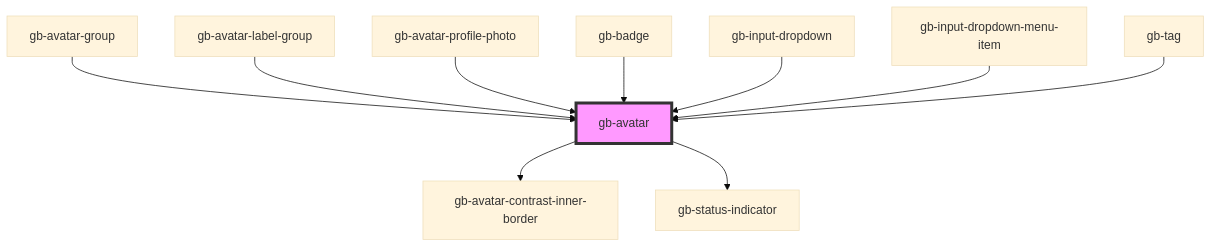
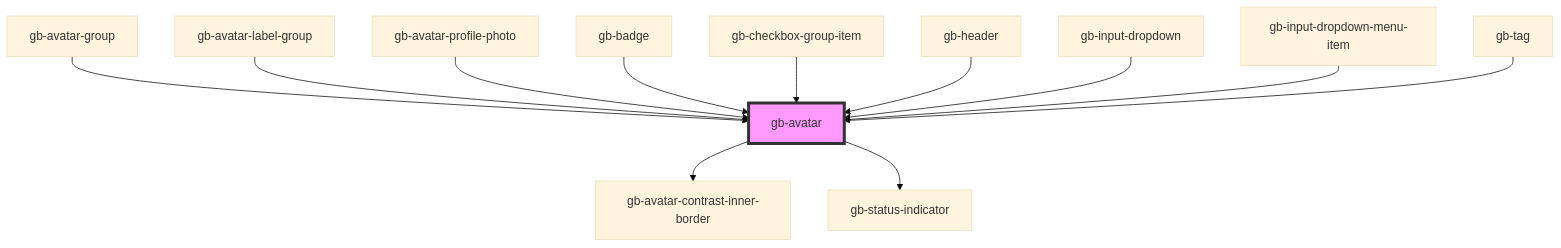
The diagram in src/components/gb-avatar/readme.md (Emmanuel1858/globusComponent), drawn with Mermaid (base theme) before and after one commit. The commit also changed other lines of this file and 25 other files, not shown here.

````diff
--- a/src/components/gb-avatar/readme.md
+++ b/src/components/gb-avatar/readme.md
@@ -39,13 +41,15 @@
 ```mermaid
 graph TD;
   gb-avatar --> gb-avatar-contrast-inner-border
   gb-avatar --> gb-status-indicator
   gb-avatar-group --> gb-avatar
   gb-avatar-label-group --> gb-avatar
   gb-avatar-profile-photo --> gb-avatar
   gb-badge --> gb-avatar
+  gb-checkbox-group-item --> gb-avatar
+  gb-header --> gb-avatar
   gb-input-dropdown --> gb-avatar
   gb-input-dropdown-menu-item --> gb-avatar
   gb-tag --> gb-avatar
   style gb-avatar fill:#f9f,stroke:#333,stroke-width:4px
 ```
````
